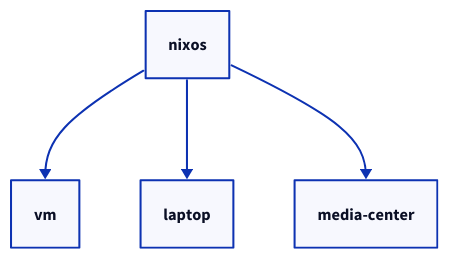
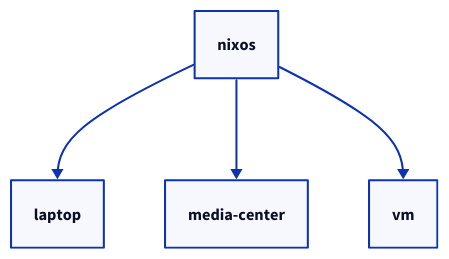
One commit to woile/woile.github.io changed the first of 3 diagrams in content/blog/agenix.md. Above: the diagram before and after it, drawn with D2. The commit also changed other lines of this file, not shown here.

````diff
--- a/content/blog/agenix.md
+++ b/content/blog/agenix.md
@@ -20,5 +20,5 @@
 ```d2
-nixos -> vm
 nixos -> laptop
 nixos -> media-center
+nixos -> vm
 ```
````
